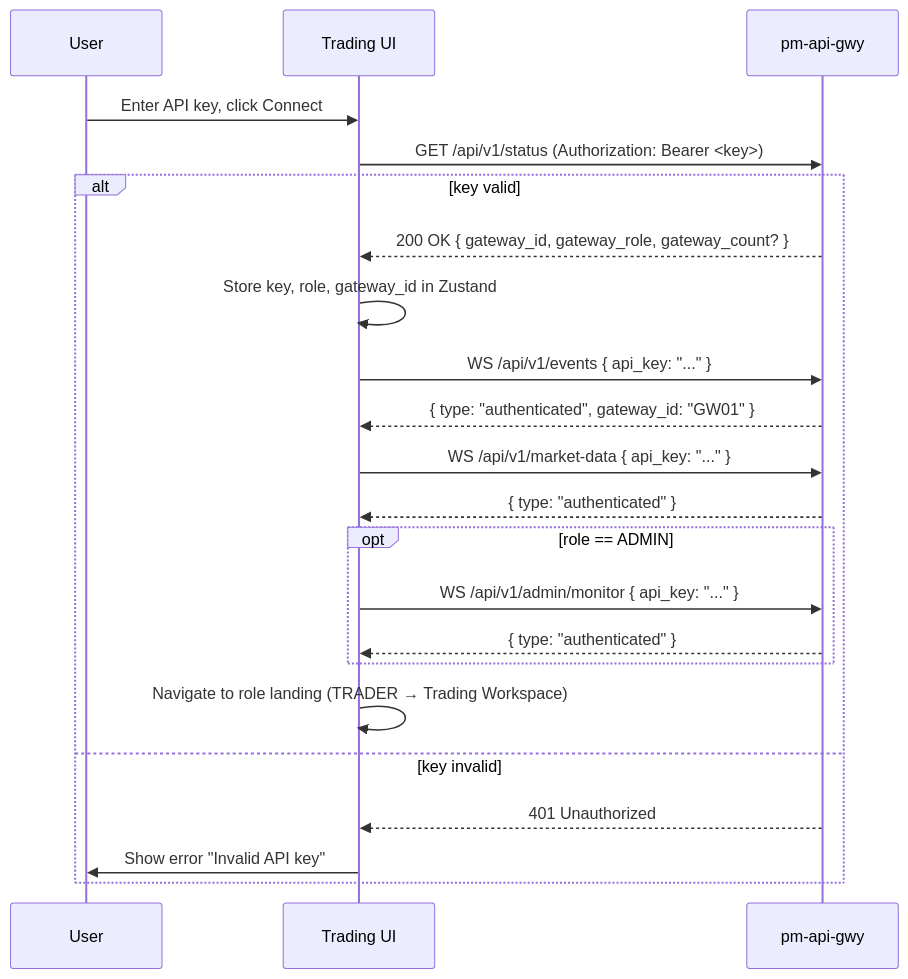
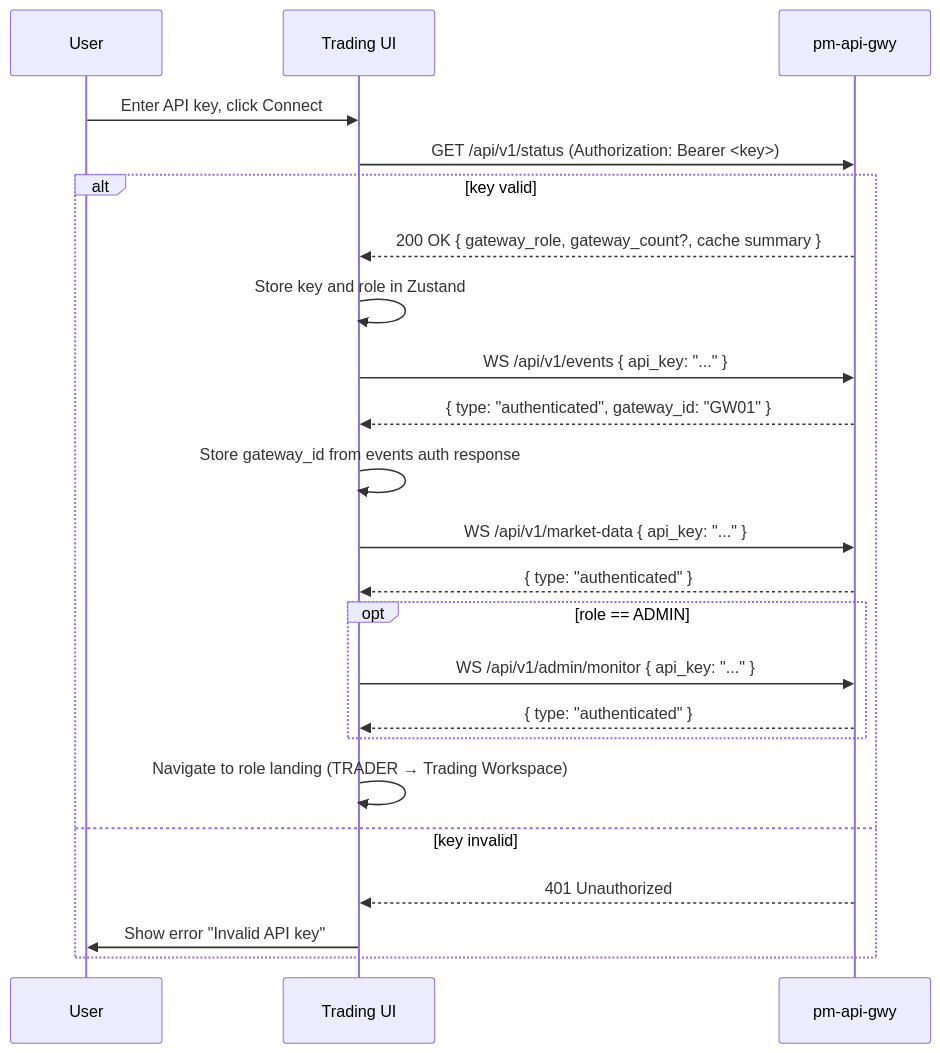
One commit to johan162/EduMatcher changed the second of 3 diagrams in docs-design/EduMatcher-Trading-GUI.md. Above: the diagram before and after it, drawn with Mermaid. The commit also changed other lines of this file and 11 other files, not shown here.

First line of the commit message:
feat(api-gwy): sequence WebSocket events and add per-symbol subscriptions

````diff
--- a/docs-design/EduMatcher-Trading-GUI.md
+++ b/docs-design/EduMatcher-Trading-GUI.md
@@ -805,25 +827,26 @@
 ```mermaid
 sequenceDiagram
     participant U as User
     participant UI as Trading UI
     participant GW as pm-api-gwy
 
     U->>UI: Enter API key, click Connect
     UI->>GW: GET /api/v1/status (Authorization: Bearer <key>)
     alt key valid
-        GW-->>UI: 200 OK { gateway_id, gateway_role, gateway_count? }
-        UI->>UI: Store key, role, gateway_id in Zustand
+        GW-->>UI: 200 OK { gateway_role, gateway_count?, cache summary }
+        UI->>UI: Store key and role in Zustand
         UI->>GW: WS /api/v1/events  { api_key: "..." }
         GW-->>UI: { type: "authenticated", gateway_id: "GW01" }
+        UI->>UI: Store gateway_id from events auth response
         UI->>GW: WS /api/v1/market-data  { api_key: "..." }
         GW-->>UI: { type: "authenticated" }
         opt role == ADMIN
             UI->>GW: WS /api/v1/admin/monitor  { api_key: "..." }
             GW-->>UI: { type: "authenticated" }
         end
         UI->>UI: Navigate to role landing (TRADER → Trading Workspace)
     else key invalid
         GW-->>UI: 401 Unauthorized
         UI->>U: Show error "Invalid API key"
     end
 ```
````
